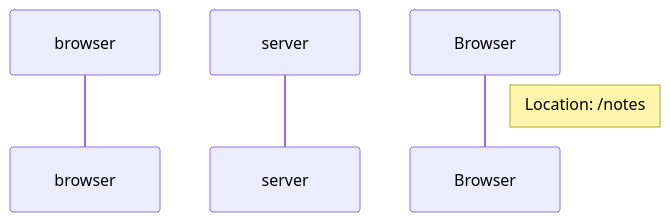
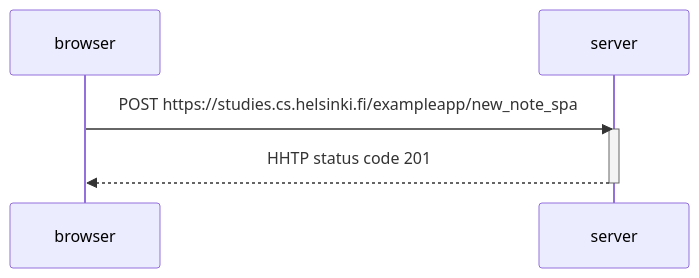
One commit to karloag/FullStackOpen_part0 changed the diagram in 0.5 Single Page App diagram.md. Above: the diagram before and after it, drawn with Mermaid.

````diff
--- a/0.5 Single Page App diagram.md
+++ b/0.5 Single Page App diagram.md
@@ -1,6 +1,10 @@
 ```mermaid 
 sequenceDiagram
 participant browser 
-participant server 
-note right of Browser: Location: /notes
+participant server
+
+browser->>server: POST https://studies.cs.helsinki.fi/exampleapp/new_note_spa 
+activate server 
+server-->>browser: HHTP status code 201
+deactivate server 
 ``` 
````
